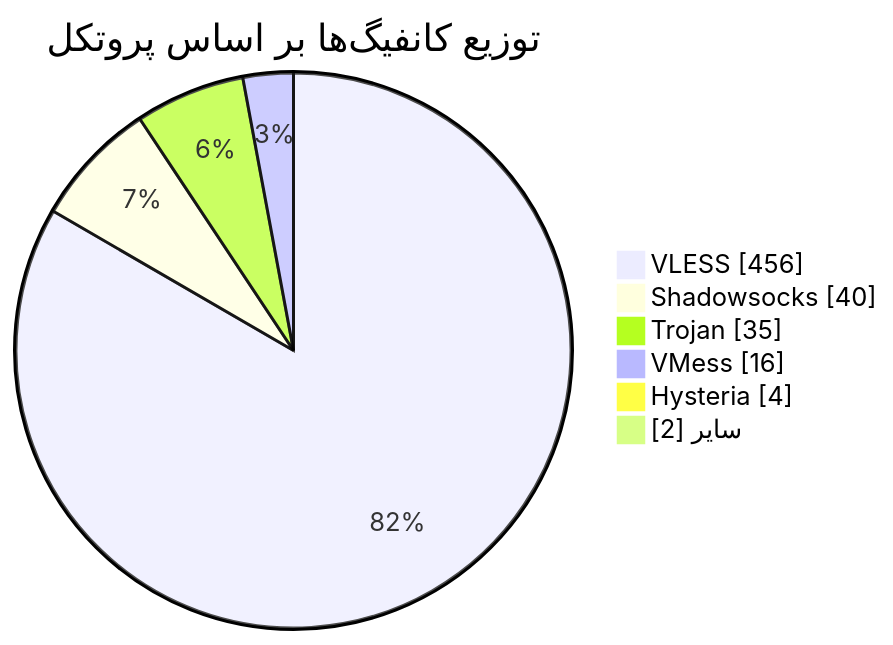
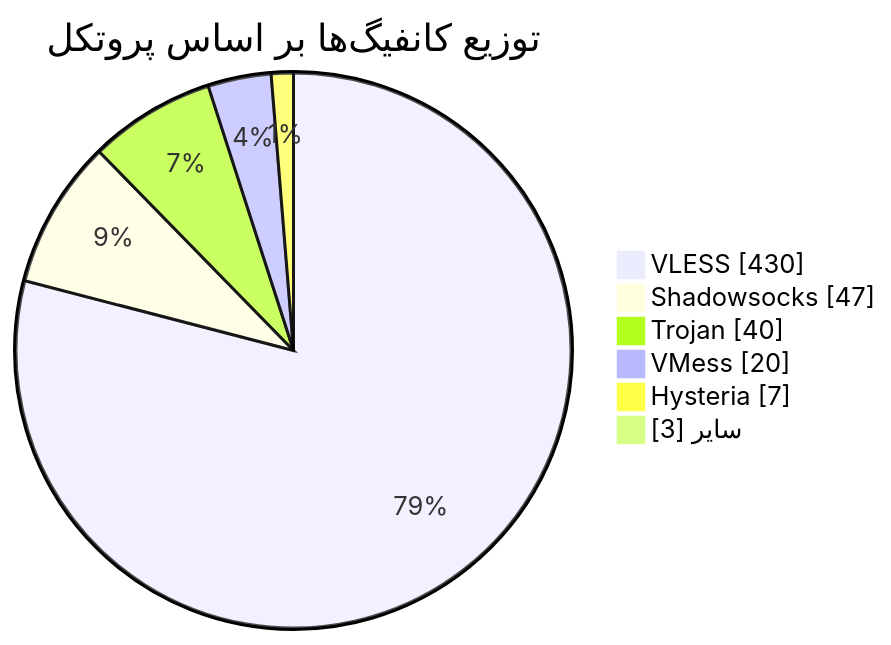
One commit to Arian-Alijani/Somthing changed the diagram in README.md. Above: the diagram before and after it, drawn with Mermaid. The commit also changed other lines of this file and 87 other files, not shown here.

````diff
--- a/README.md
+++ b/README.md
@@ -48,10 +48,10 @@
 ```mermaid
 pie showData
     title توزیع کانفیگ‌ها بر اساس پروتکل
-    "VLESS" : 456
-    "Shadowsocks" : 40
-    "Trojan" : 35
-    "VMess" : 16
-    "Hysteria" : 4
-    "سایر" : 2
+    "VLESS" : 430
+    "Shadowsocks" : 47
+    "Trojan" : 40
+    "VMess" : 20
+    "Hysteria" : 7
+    "سایر" : 3
 ```
````
